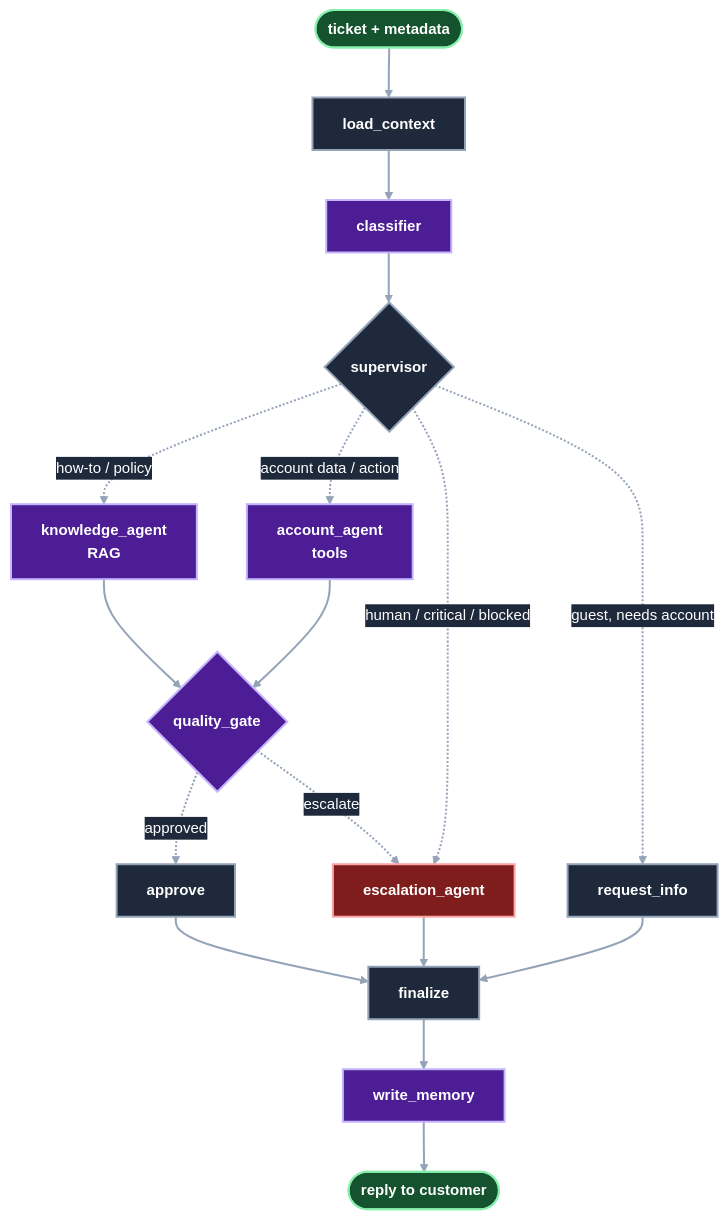
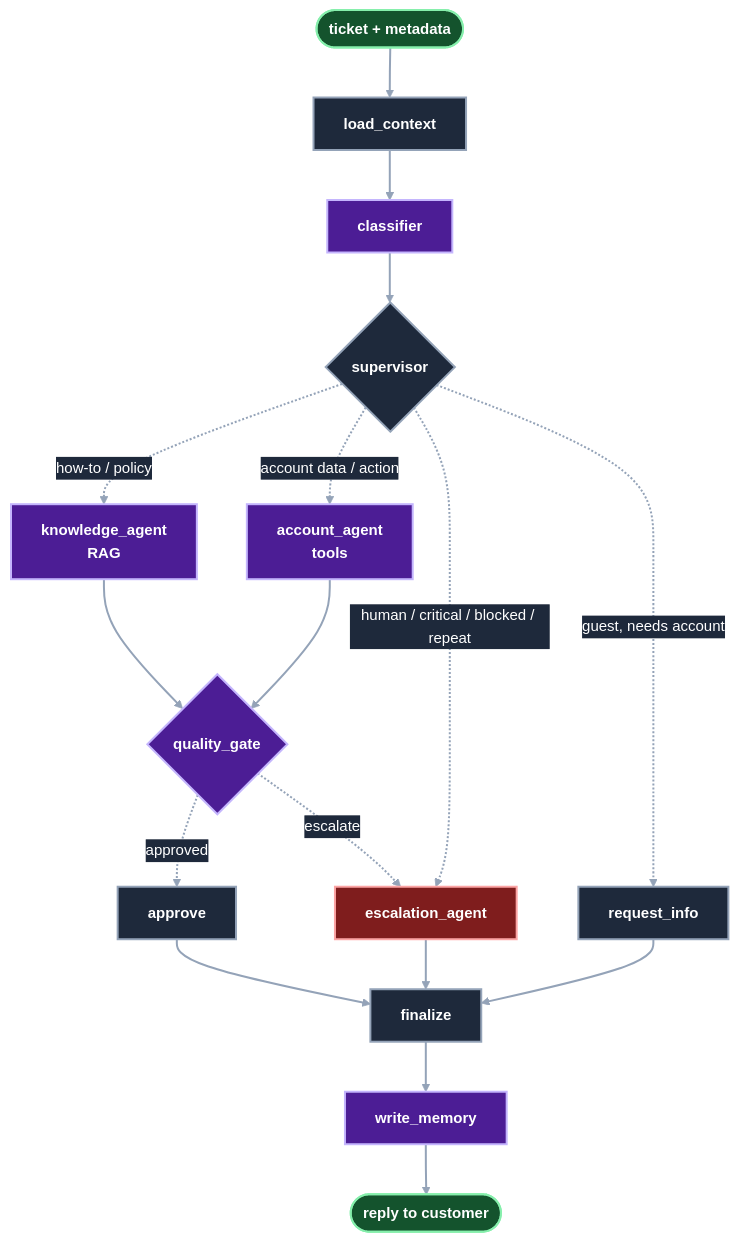
Before and after one commit to manish5593/Agentic_AI_With_LangGraph: the diagram in solution/README.md, drawn with Mermaid. The commit also changed other lines of this file and 22 other files, not shown here.

````diff
--- a/solution/README.md
+++ b/solution/README.md
@@ -14,29 +14,29 @@
 ```mermaid
 %%{init: {"theme": "base", "themeVariables": {"fontSize": "15px", "background": "#0f172a", "lineColor": "#94a3b8", "textColor": "#ffffff", "primaryTextColor": "#ffffff", "edgeLabelBackground": "#1e293b", "tertiaryTextColor": "#ffffff"}}}%%
 flowchart TD
     IN([ticket + metadata]) --> LC[load_context]
     LC --> CL[classifier]
     CL --> SU{supervisor}
     SU -.->|how-to / policy| KA[knowledge_agent<br/>RAG]
     SU -.->|account data / action| AA[account_agent<br/>tools]
-    SU -.->|human / critical / blocked| EA[escalation_agent]
+    SU -.->|human / critical / blocked / repeat| EA[escalation_agent]
     SU -.->|guest, needs account| RI[request_info]
     KA --> QG{quality_gate}
     AA --> QG
     QG -.->|approved| AP[approve]
     QG -.->|escalate| EA
     AP --> FI[finalize]
     EA --> FI
     RI --> FI
     FI --> WM[write_memory]
     WM --> OUT([reply to customer])
 
     classDef default fill:#1e293b,stroke:#94a3b8,stroke-width:2px,color:#ffffff,font-weight:bold
     classDef io fill:#14532d,stroke:#86efac,stroke-width:2px,color:#ffffff,font-weight:bold
     classDef llm fill:#4c1d95,stroke:#c4b5fd,stroke-width:2px,color:#ffffff,font-weight:bold
     classDef escalation fill:#7f1d1d,stroke:#fca5a5,stroke-width:2px,color:#ffffff,font-weight:bold
     class IN,OUT io
     class CL,KA,AA,QG,WM llm
     class EA escalation
     linkStyle default stroke:#94a3b8,stroke-width:2px
 ```
````
